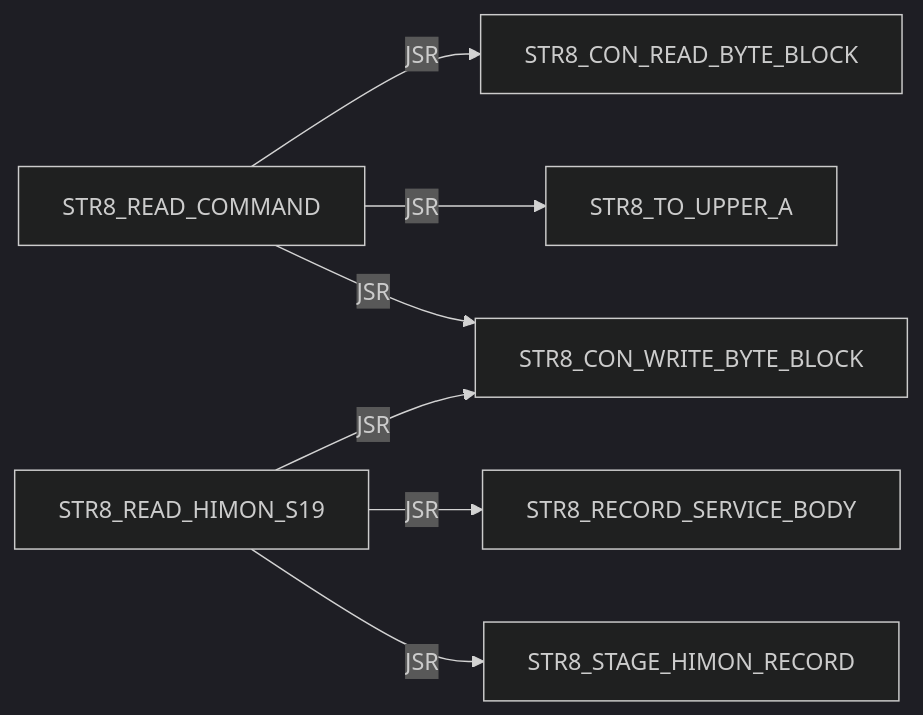
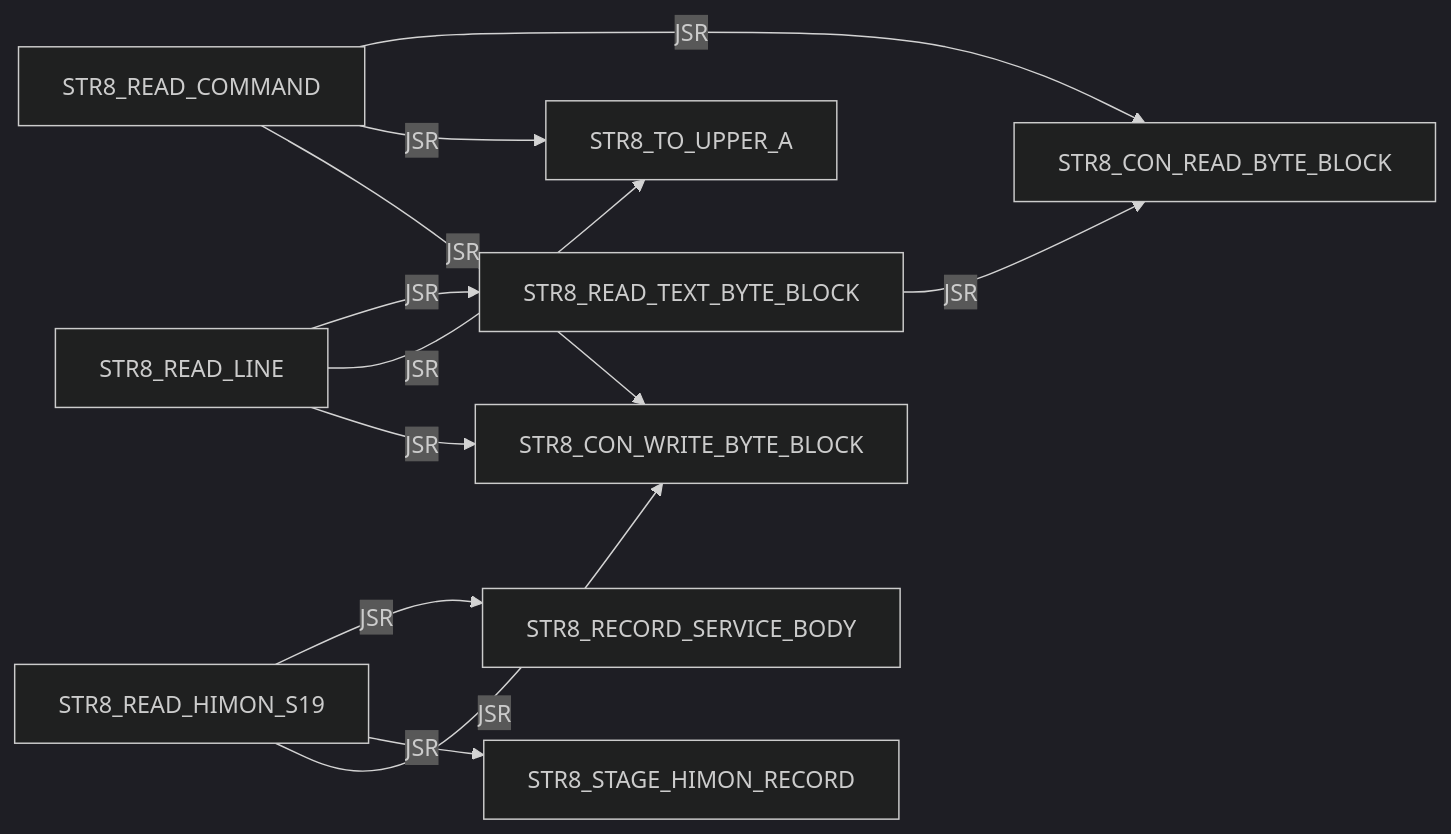
Before and after one commit to 95westus/R-YORS: diagram 23 of 41 in DOC/GUIDES/STR8/STR8_EDGE_DUMP.md, drawn with Mermaid (dark theme). The commit also changed other lines of this file and 40 other files, not shown here.

````diff
--- a/DOC/GUIDES/STR8/STR8_EDGE_DUMP.md
+++ b/DOC/GUIDES/STR8/STR8_EDGE_DUMP.md
@@ -250,9 +301,13 @@
 ```mermaid
 flowchart LR
     N0["STR8_READ_COMMAND"] -->|JSR| N1["STR8_CON_READ_BYTE_BLOCK"]
     N0["STR8_READ_COMMAND"] -->|JSR| N2["STR8_TO_UPPER_A"]
     N0["STR8_READ_COMMAND"] -->|JSR| N3["STR8_CON_WRITE_BYTE_BLOCK"]
     N4["STR8_READ_HIMON_S19"] -->|JSR| N5["STR8_RECORD_SERVICE_BODY"]
     N4["STR8_READ_HIMON_S19"] -->|JSR| N6["STR8_STAGE_HIMON_RECORD"]
     N4["STR8_READ_HIMON_S19"] -->|JSR| N3["STR8_CON_WRITE_BYTE_BLOCK"]
+    N7["STR8_READ_LINE"] -->|JSR| N8["STR8_READ_TEXT_BYTE_BLOCK"]
+    N7["STR8_READ_LINE"] -->|JSR| N2["STR8_TO_UPPER_A"]
+    N7["STR8_READ_LINE"] -->|JSR| N3["STR8_CON_WRITE_BYTE_BLOCK"]
+    N8["STR8_READ_TEXT_BYTE_BLOCK"] -->|JSR| N1["STR8_CON_READ_BYTE_BLOCK"]
 ```
````
